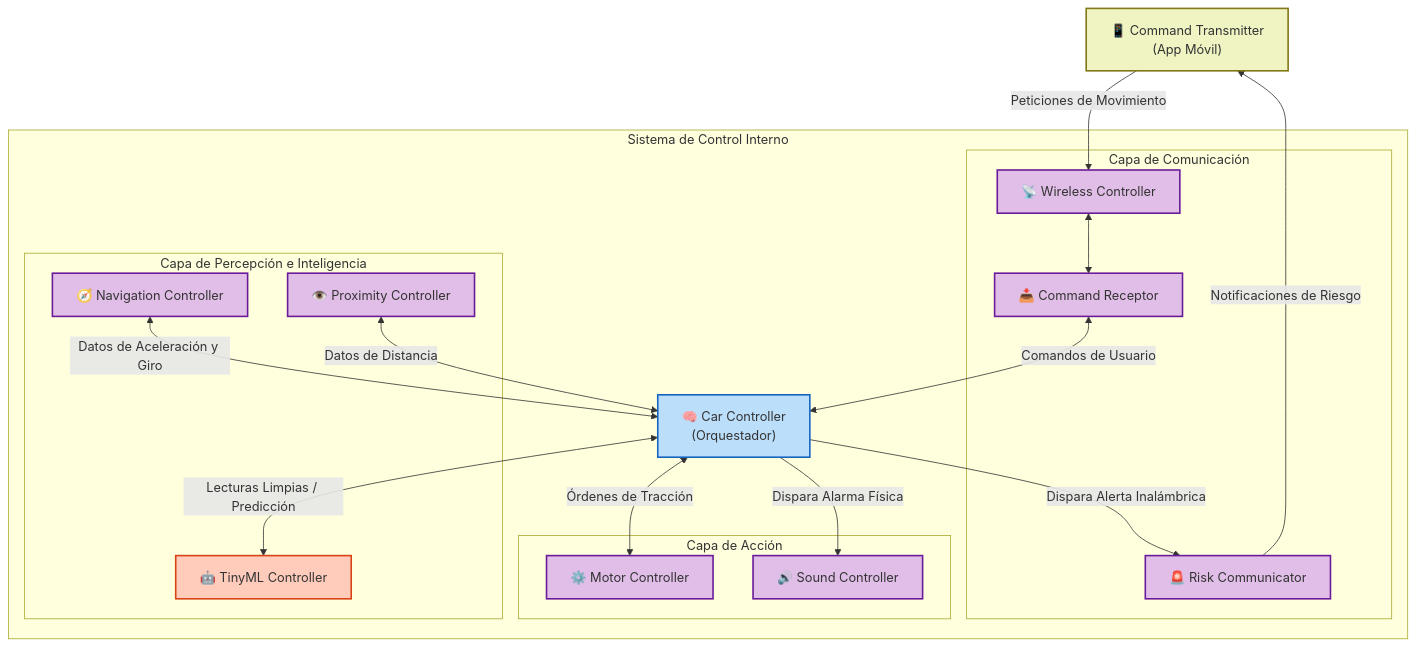
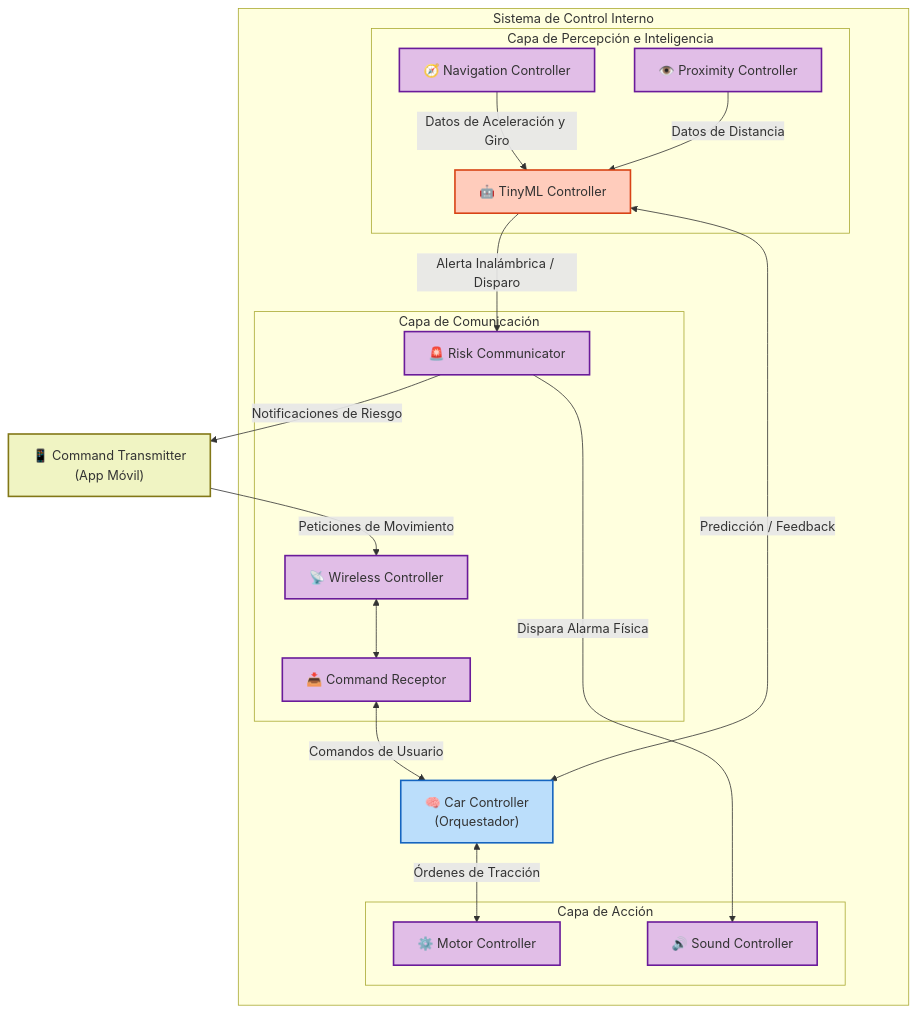
Before and after one commit to bji-ci0155-I-2026/proj-remote-control-robot: the second of 2 diagrams in README.md, drawn with Mermaid. The commit also changed other lines of this file, not shown here.

Commit message:
docs: update chassis options, add Wokwi simulation section, and refine system architecture logic

````diff
--- a/README.md
+++ b/README.md
@@ -171,54 +178,54 @@
 ```mermaid
 flowchart TB
     %% Definición de estilos
     classDef app fill:#f0f4c3,stroke:#827717,stroke-width:2px,color:#333;
     classDef core fill:#bbdefb,stroke:#1565c0,stroke-width:2px,color:#333;
     classDef logic fill:#e1bee7,stroke:#6a1b9a,stroke-width:2px,color:#333;
     classDef ml fill:#ffccbc,stroke:#d84315,stroke-width:2px,color:#333;
 
     %% Aplicación Cliente
     CmdTransmitter["📱 Command Transmitter<br/>(App Móvil)"]:::app
 
     subgraph CoreSystem["Sistema de Control Interno"]
         %% Controlador principal
         CarCtrl["🧠 Car Controller<br/>(Orquestador)"]:::core
         
         %% Módulos de Comunicación
         subgraph Comms["Capa de Comunicación"]
             WirelessCtrl["📡 Wireless Controller"]:::logic
             CmdReceptor["📥 Command Receptor"]:::logic
             RiskComm["🚨 Risk Communicator"]:::logic
         end
         
         %% Módulos de Percepción e IA
         subgraph Perception["Capa de Percepción e Inteligencia"]
             NavCtrl["🧭 Navigation Controller"]:::logic
             ProxCtrl["👁️ Proximity Controller"]:::logic
             TinyML["🤖 TinyML Controller"]:::ml
         end
         
         %% Módulos de Actuación
         subgraph Actuation["Capa de Acción"]
             MotorCtrl["⚙️ Motor Controller"]:::logic
             SoundCtrl["🔊 Sound Controller"]:::logic
         end
     end
 
     %% Relaciones Inalámbricas
     CmdTransmitter -->|Peticiones de Movimiento| WirelessCtrl
     RiskComm -->|Notificaciones de Riesgo| CmdTransmitter
 
     %% Flujo Interno de Comunicación
     WirelessCtrl <--> CmdReceptor
     CmdReceptor <-->|Comandos de Usuario| CarCtrl
-    CarCtrl -->|Dispara Alerta Inalámbrica| RiskComm
 
     %% Flujo de Acción
     CarCtrl <-->|Órdenes de Tracción| MotorCtrl
-    CarCtrl -->|Dispara Alarma Física| SoundCtrl
+    RiskComm -->|Dispara Alarma Física| SoundCtrl
 
     %% Flujo de Percepción y Procesamiento
-    NavCtrl <-->|Datos de Aceleración y Giro| CarCtrl
-    ProxCtrl <-->|Datos de Distancia| CarCtrl
-    CarCtrl <-->|Lecturas Limpias / Predicción| TinyML
+    NavCtrl -->|Datos de Aceleración y Giro| TinyML
+    ProxCtrl -->|Datos de Distancia| TinyML
+    TinyML <-->|Predicción / Feedback| CarCtrl
+    TinyML -->|Alerta Inalámbrica / Disparo| RiskComm
 ```
````
